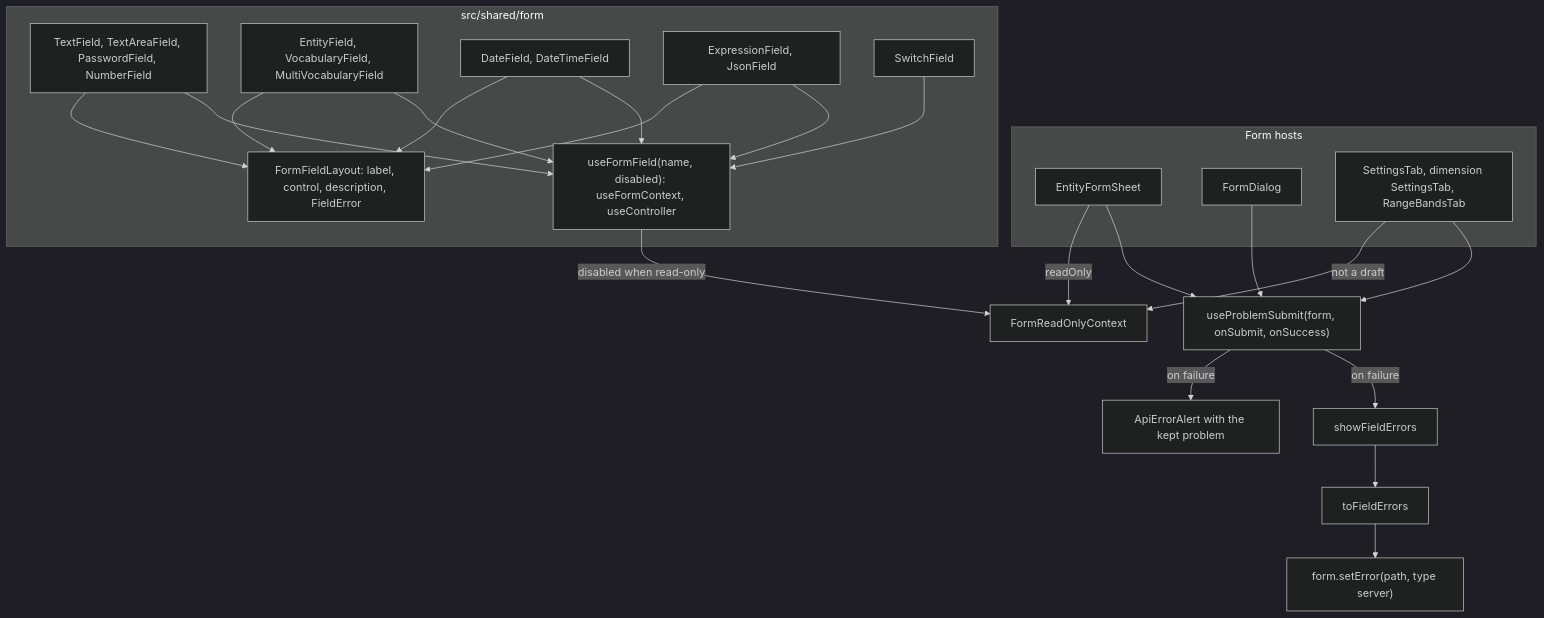
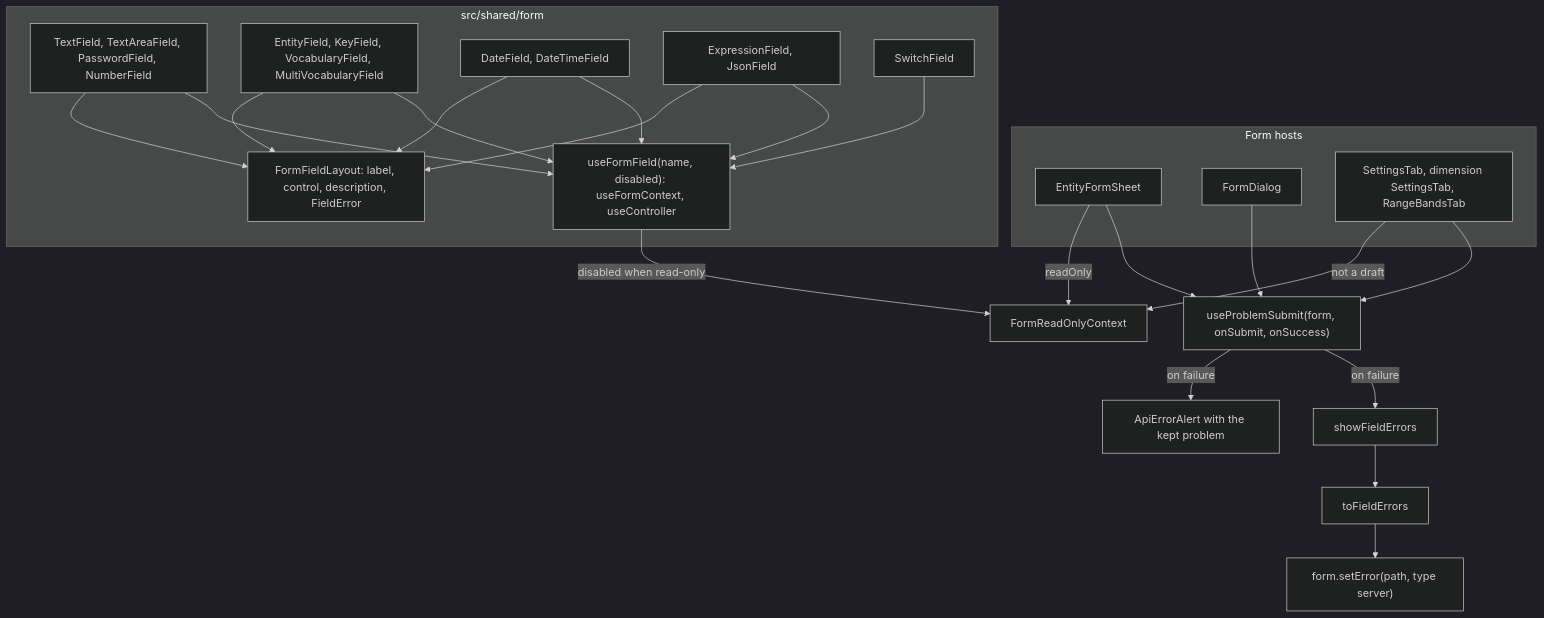
The fourth of 9 diagrams in web/docs/architecture/03-how-it-works.md (chrisaliotta/Quantalytix.QueryEngine.Admin), drawn with Mermaid (dark theme) before and after one commit. The commit also changed other lines of this file and 32 other files, not shown here.

First line of the commit message:
feat: integrate calculation models and reports into the architecture and navigation

````diff
--- a/web/docs/architecture/03-how-it-works.md
+++ b/web/docs/architecture/03-how-it-works.md
@@ -157,42 +163,42 @@
 ```mermaid
 flowchart TB
     subgraph hosts ["Form hosts"]
         Sheet["EntityFormSheet"]
         Dialog["FormDialog"]
         Inline["SettingsTab, dimension SettingsTab, RangeBandsTab"]
     end
     Submit["useProblemSubmit(form, onSubmit, onSuccess)"]
     ShowErrors["showFieldErrors"]
     ToFieldErrors["toFieldErrors"]
     SetError["form.setError(path, type server)"]
     Alert["ApiErrorAlert with the kept problem"]
     ReadOnly["FormReadOnlyContext"]
     subgraph fields ["src/shared/form"]
         TextFields["TextField, TextAreaField, PasswordField, NumberField"]
-        PickerFields["EntityField, VocabularyField, MultiVocabularyField"]
+        PickerFields["EntityField, KeyField, VocabularyField, MultiVocabularyField"]
         DateFields["DateField, DateTimeField"]
         EditorFields["ExpressionField, JsonField"]
         Toggle["SwitchField"]
         UseFormField["useFormField(name, disabled): useFormContext, useController"]
         Layout["FormFieldLayout: label, control, description, FieldError"]
     end
     Sheet --> Submit
     Dialog --> Submit
     Inline --> Submit
     Sheet -->|"readOnly"| ReadOnly
     Inline -->|"not a draft"| ReadOnly
     Submit -->|"on failure"| ShowErrors
     ShowErrors --> ToFieldErrors
     ToFieldErrors --> SetError
     Submit -->|"on failure"| Alert
     TextFields --> UseFormField
     PickerFields --> UseFormField
     DateFields --> UseFormField
     EditorFields --> UseFormField
     Toggle --> UseFormField
     UseFormField -->|"disabled when read-only"| ReadOnly
     TextFields --> Layout
     PickerFields --> Layout
     DateFields --> Layout
     EditorFields --> Layout
 ```
````
